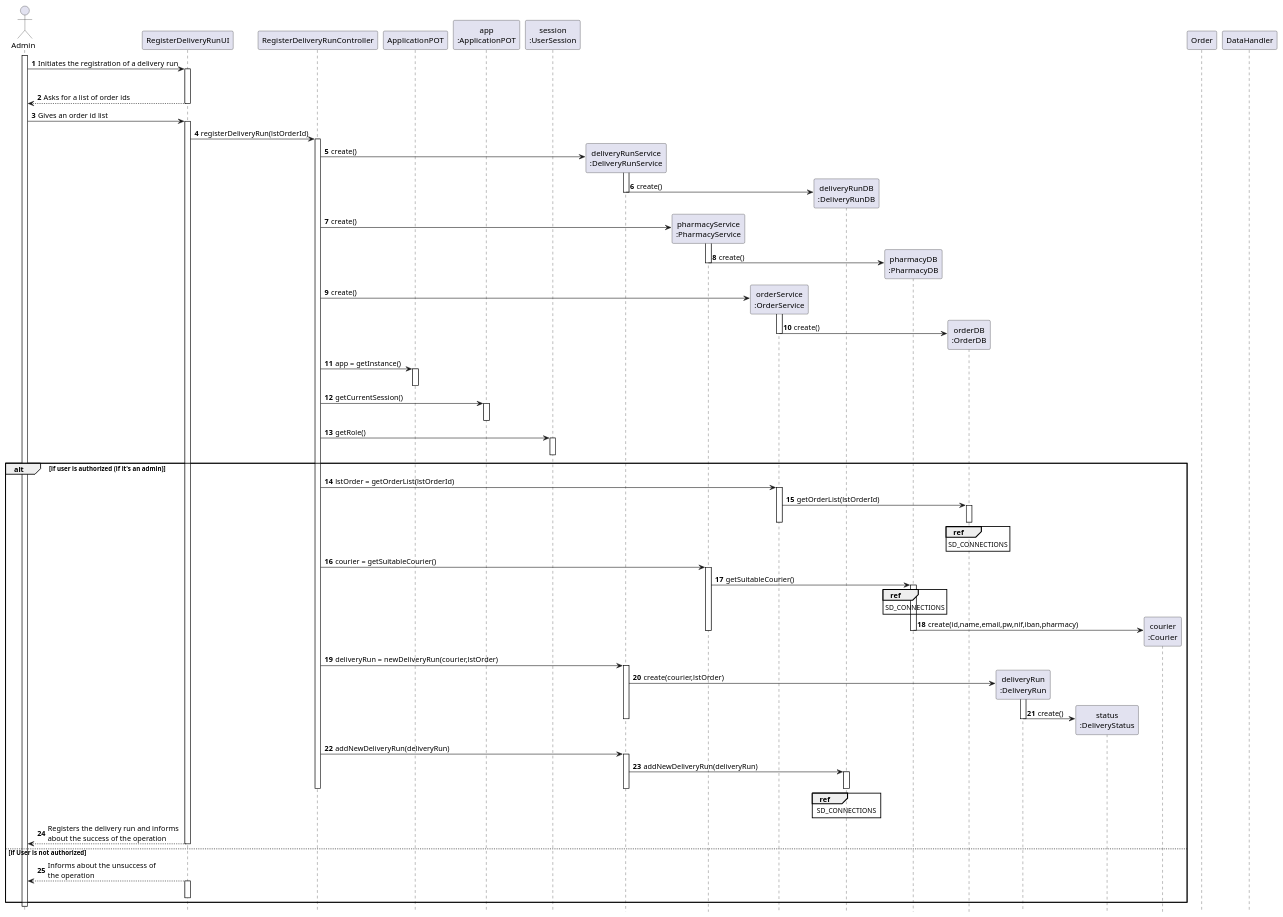
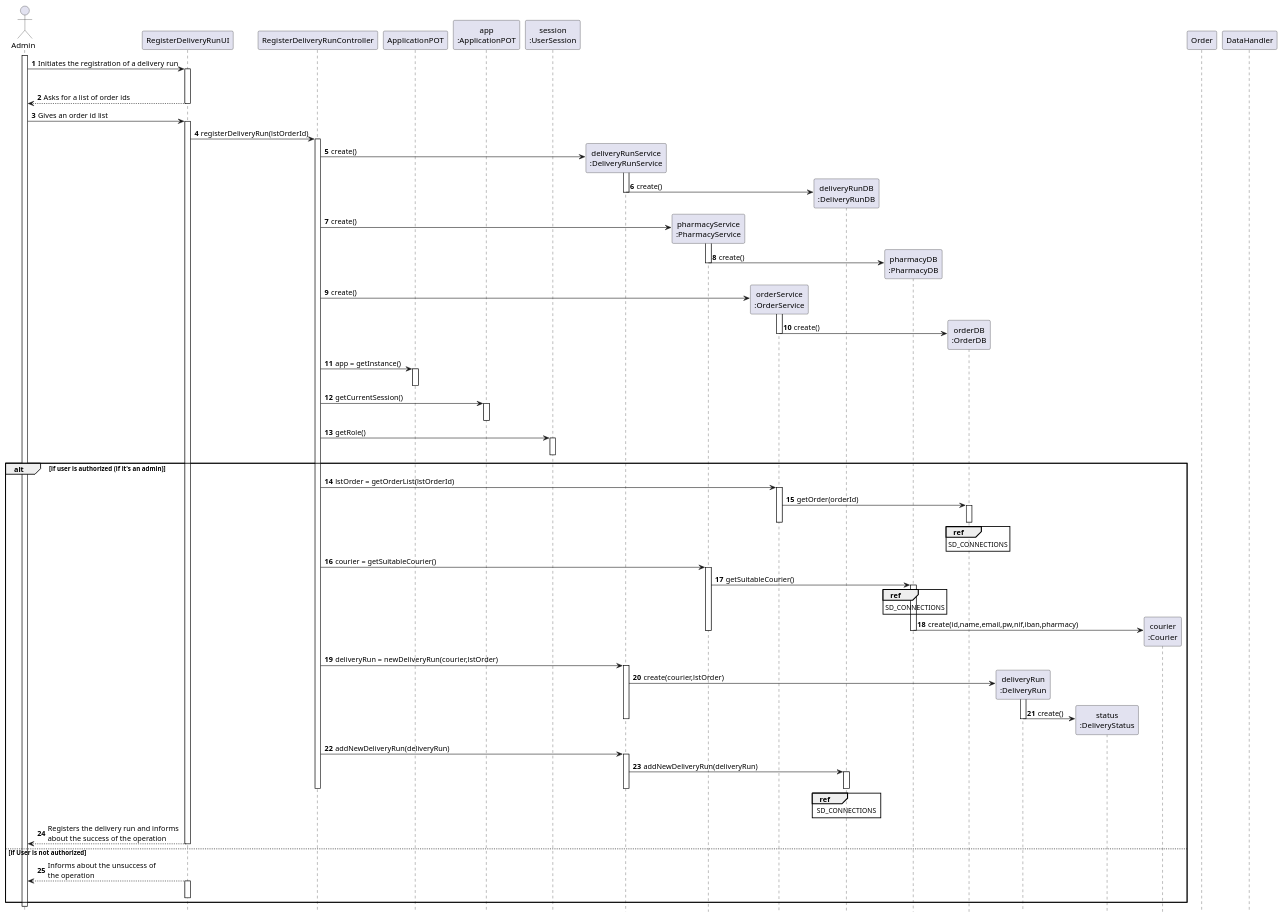
One commit to tiagoavcosta25/LAPR3 changed the diagram in docs/Iteration 2/Delivery Management/US206_RegisterDeliveryRun/US206_SD.puml. Above: the diagram before and after it, drawn with PlantUML. The commit also changed 10 other files, not shown here.

```diff
--- a/docs/Iteration 2/Delivery Management/US206_RegisterDeliveryRun/US206_SD.puml
+++ b/docs/Iteration 2/Delivery Management/US206_RegisterDeliveryRun/US206_SD.puml
@@ -1,159 +1,159 @@
 @startuml
 autonumber
 hide footbox
 
 actor "Admin" as U
 
 participant "RegisterDeliveryRunUI" as UI
 participant "RegisterDeliveryRunController" as CTRL
 participant "ApplicationPOT" as _APP
 participant "app\n:ApplicationPOT" as APP
 participant "session\n:UserSession" as SESSION
 participant "deliveryRunService\n:DeliveryRunService" as DRS
 participant "pharmacyService\n:PharmacyService" as PS
 participant "orderService\n:OrderService" as OS
 participant "deliveryRunDB\n:DeliveryRunDB" as DB
 participant "pharmacyDB\n:PharmacyDB" as PDB
 participant "orderDB\n:OrderDB" as ODB
 participant "deliveryRun\n:DeliveryRun" as DR
 participant "status\n:DeliveryStatus" as DS
 participant "courier\n:Courier" as C
 participant "Order" as A
 
 participant "DataHandler" as DH
 
 activate U
 
 U -> UI : Initiates the registration of a delivery run
 activate UI
 
 
 
 
 
 
 
 deactivate CTRL
 
 
 UI --> U: Asks for a list of order ids
 
 deactivate UI
 
 
 
 
 U -> UI : Gives an order id list
 activate UI
 UI -> CTRL : registerDeliveryRun(lstOrderId)
 activate CTRL
 
 
 
 
 CTRL -> DRS** : create()
 activate DRS
 DRS -> DB** : create()
 deactivate DRS
 
 CTRL -> PS** : create()
 activate PS
 PS -> PDB** : create()
 deactivate PS
 
 CTRL -> OS** : create()
 activate OS
 OS -> ODB** : create()
 
 deactivate OS
 CTRL -> _APP: app = getInstance()
 activate _APP
 deactivate _APP
 
 CTRL -> APP : getCurrentSession()
 activate APP
 deactivate APP
 
 CTRL -> SESSION : getRole()
 activate SESSION
 deactivate SESSION
 
 alt if user is authorized (if it's an admin)
 CTRL -> OS : lstOrder = getOrderList(lstOrderId)
 activate OS
-OS -> ODB : getOrderList(lstOrderId)
+OS -> ODB : getOrder(orderId)
 activate ODB
 deactivate ODB
 
 ref over ODB
 SD_CONNECTIONS
 end ref
 deactivate ODB
 deactivate OS
 
 
 
 
 CTRL -> PS : courier = getSuitableCourier()
 activate PS
 PS -> PDB : getSuitableCourier()
 activate PDB
 ref over PDB
 SD_CONNECTIONS
 end ref
 PDB -> C** : create(id,name,email,pw,nif,iban,pharmacy)
 deactivate DB
 deactivate PS
 deactivate PDB
 
 
 
 CTRL -> DRS : deliveryRun = newDeliveryRun(courier,lstOrder)
 activate DRS
 DRS -> DR** : create(courier,lstOrder)
 activate DR
 DR -> DS** : create()
 deactivate DRS
 
 
 
 deactivate DR
 
 CTRL -> DRS : addNewDeliveryRun(deliveryRun)
 activate DRS
 DRS -> DB : addNewDeliveryRun(deliveryRun)
 activate DB
 deactivate DRS
 ref over DB
 SD_CONNECTIONS
 end ref
 deactivate DB
 
 
 deactivate DB
 deactivate DRS
 
 deactivate CTRL
 
 UI --> U : Registers the delivery run and informs\nabout the success of the operation
 deactivate UI
 
 else if User is not authorized
 
 
 UI --> U : Informs about the unsuccess of\nthe operation
 activate UI
 deactivate UI
 end
 
 
 
 
 
 
 
 
 deactivate U
 
 
 @enduml
```
